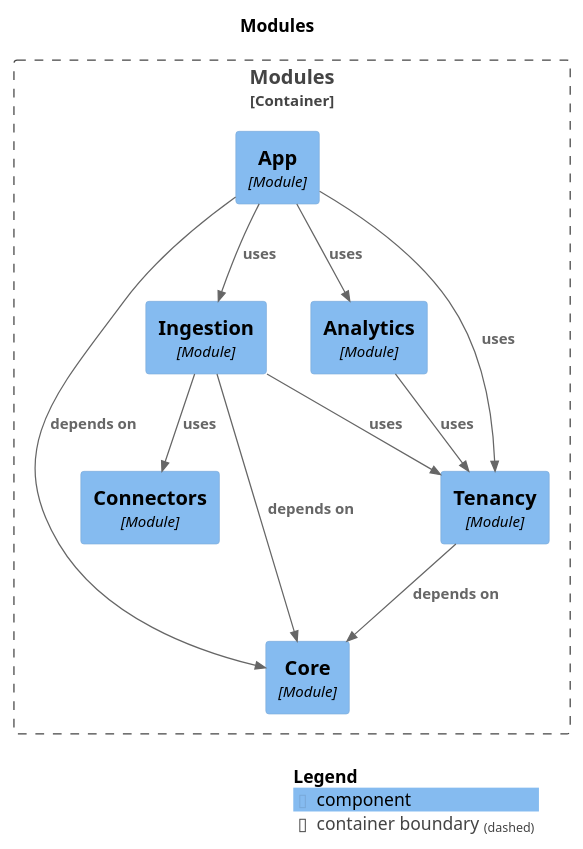
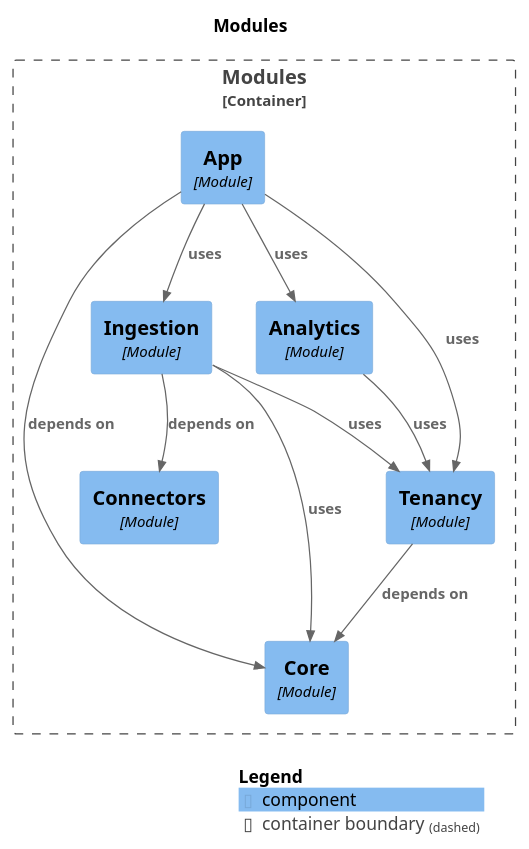
Before and after one commit to aliemrahpekesen/eKingProducitivtyMeter: the diagram in docs/architecture/generated/modulith/components.puml, drawn with PlantUML. The commit also changed 4 other files, not shown here.

First line of the commit message:
docs(work): M2b wave-1 task record, DEBT-017/018 updates, regenerated diagrams [TASK-0021]

```diff
--- a/docs/architecture/generated/modulith/components.puml
+++ b/docs/architecture/generated/modulith/components.puml
@@ -1,31 +1,31 @@
 @startuml
 set separator none
 title Modules
 
 top to bottom direction
 
 !include <C4/C4>
 !include <C4/C4_Context>
 !include <C4/C4_Component>
 
 Container_Boundary("Modules.Modules_boundary", "Modules", $tags="") {
   Component(Modules.Modules.Analytics, "Analytics", $techn="Module", $descr="", $tags="", $link="")
   Component(Modules.Modules.App, "App", $techn="Module", $descr="", $tags="", $link="")
   Component(Modules.Modules.Connectors, "Connectors", $techn="Module", $descr="", $tags="", $link="")
   Component(Modules.Modules.Core, "Core", $techn="Module", $descr="", $tags="", $link="")
   Component(Modules.Modules.Ingestion, "Ingestion", $techn="Module", $descr="", $tags="", $link="")
   Component(Modules.Modules.Tenancy, "Tenancy", $techn="Module", $descr="", $tags="", $link="")
 }
 
+Rel(Modules.Modules.Ingestion, Modules.Modules.Connectors, "depends on", $techn="", $tags="", $link="")
+Rel(Modules.Modules.Ingestion, Modules.Modules.Tenancy, "uses", $techn="", $tags="", $link="")
+Rel(Modules.Modules.Ingestion, Modules.Modules.Core, "uses", $techn="", $tags="", $link="")
+Rel(Modules.Modules.Analytics, Modules.Modules.Tenancy, "uses", $techn="", $tags="", $link="")
 Rel(Modules.Modules.App, Modules.Modules.Core, "depends on", $techn="", $tags="", $link="")
 Rel(Modules.Modules.App, Modules.Modules.Ingestion, "uses", $techn="", $tags="", $link="")
 Rel(Modules.Modules.App, Modules.Modules.Tenancy, "uses", $techn="", $tags="", $link="")
 Rel(Modules.Modules.App, Modules.Modules.Analytics, "uses", $techn="", $tags="", $link="")
-Rel(Modules.Modules.Analytics, Modules.Modules.Tenancy, "uses", $techn="", $tags="", $link="")
 Rel(Modules.Modules.Tenancy, Modules.Modules.Core, "depends on", $techn="", $tags="", $link="")
-Rel(Modules.Modules.Ingestion, Modules.Modules.Core, "depends on", $techn="", $tags="", $link="")
-Rel(Modules.Modules.Ingestion, Modules.Modules.Tenancy, "uses", $techn="", $tags="", $link="")
-Rel(Modules.Modules.Ingestion, Modules.Modules.Connectors, "uses", $techn="", $tags="", $link="")
 
 SHOW_LEGEND(true)
 @enduml
```
